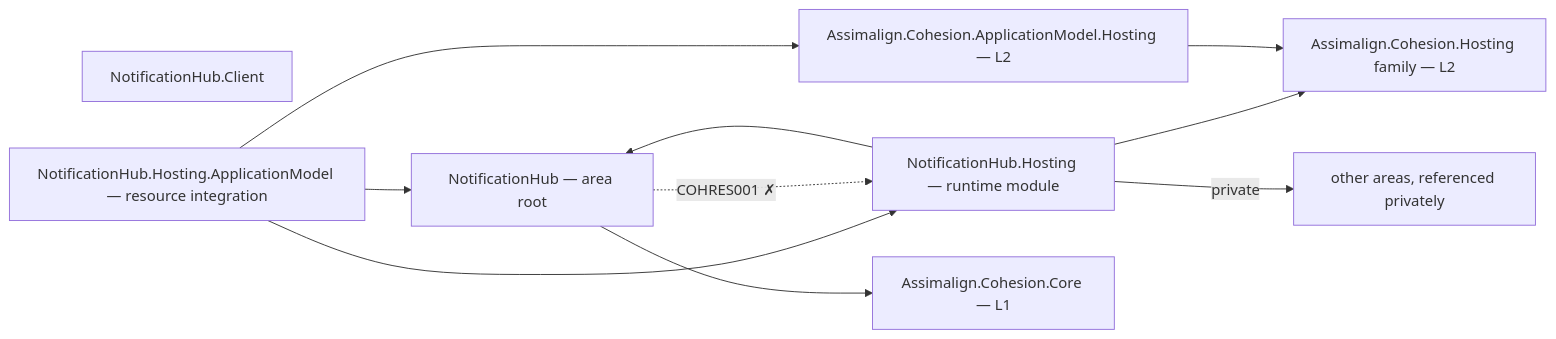
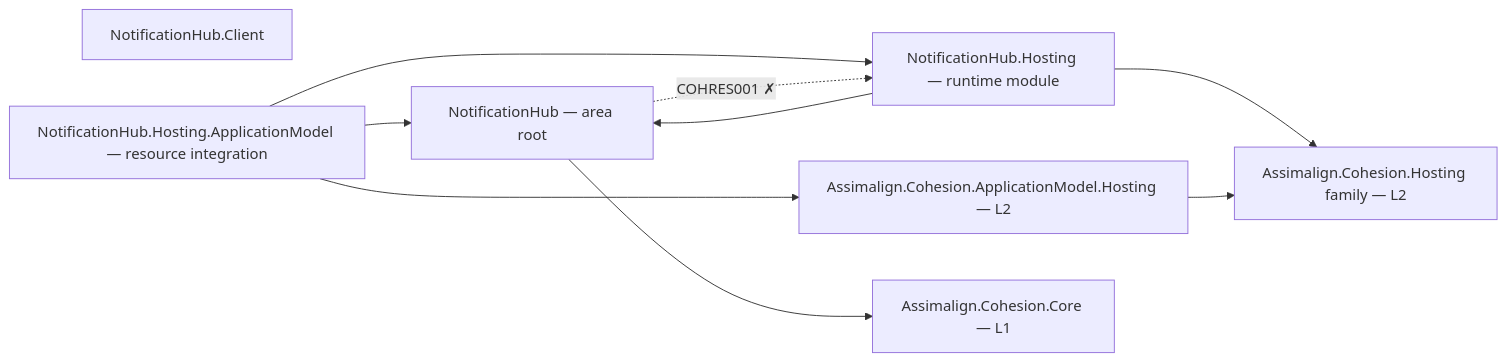
Before and after one commit to assimalign/cohesion: the diagram in resources/NotificationHub/README.md, drawn with Mermaid. The commit also changed 114 other files, not shown here.

````diff
--- a/resources/NotificationHub/README.md
+++ b/resources/NotificationHub/README.md
@@ -12,20 +12,18 @@
 ```mermaid
 flowchart LR
     P0["NotificationHub — area root"]
     P2["NotificationHub.Client"]
     P3["NotificationHub.Hosting — runtime module"]
     PAM["NotificationHub.Hosting.ApplicationModel — resource integration"]
     AMH["Assimalign.Cohesion.ApplicationModel.Hosting — L2"]
     CORE["Assimalign.Cohesion.Core — L1"]
     HOSTFAM["Assimalign.Cohesion.Hosting family — L2"]
-    PRIV["other areas, referenced privately"]
     P0 --> CORE
     P3 --> HOSTFAM
     P3 --> P0
-    P3 -->|"private"| PRIV
     PAM --> P3
     PAM --> P0
     PAM --> AMH
     AMH --> HOSTFAM
     P0 -.->|"COHRES001 ✗"| P3
 ```
````
